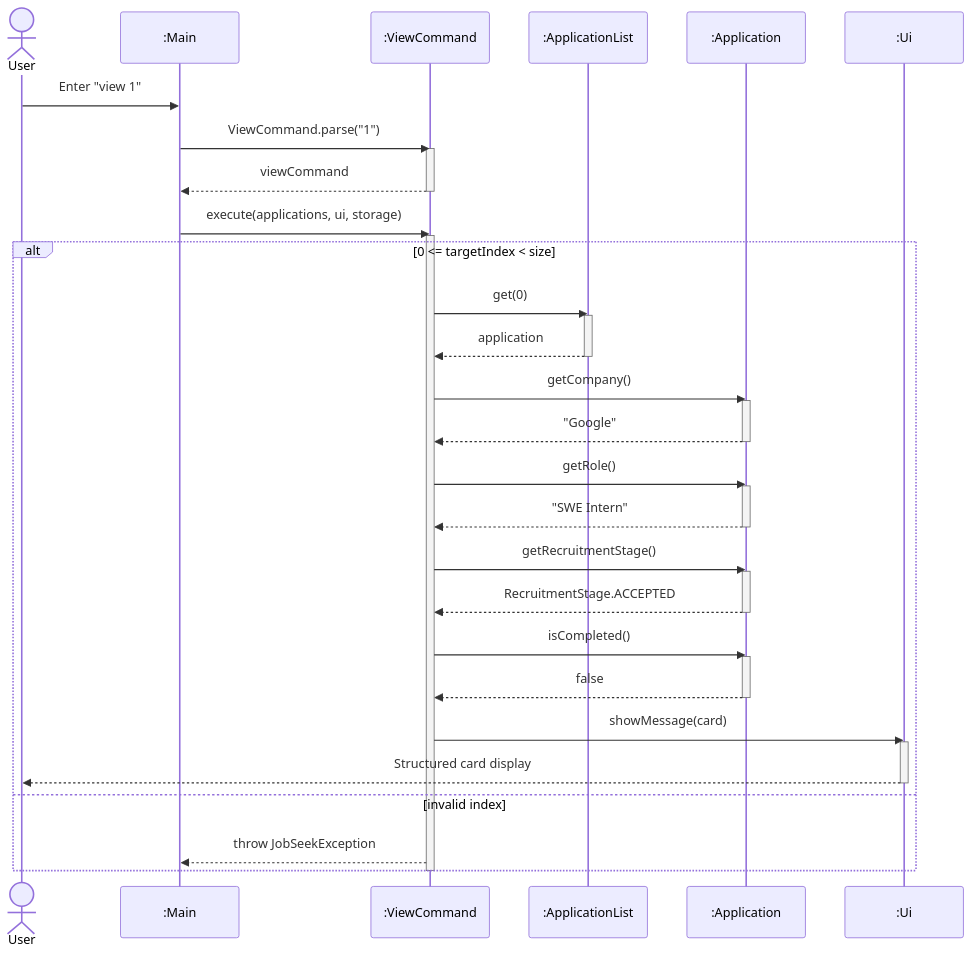
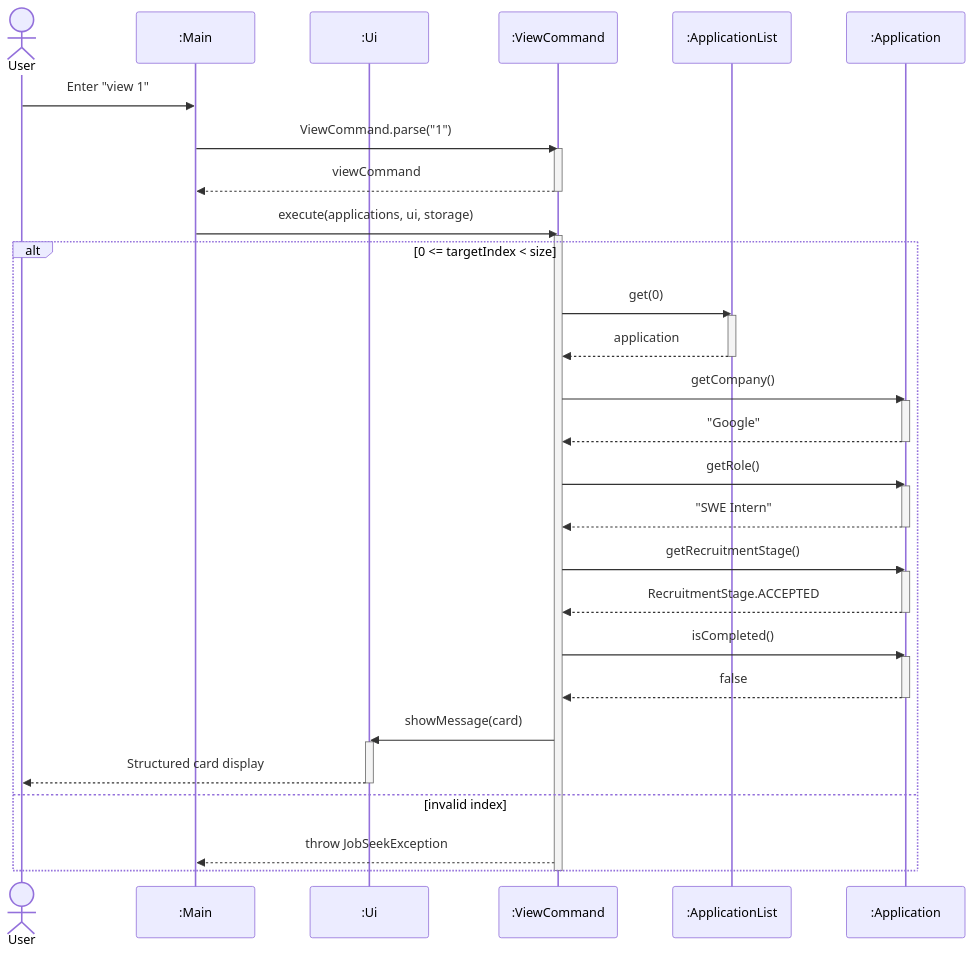
One commit to AY2627S1-CS2113-T10-2/tp changed the diagram in docs/diagrams/sources/view-application-sequence.mmd. Above: the diagram before and after it, drawn with Mermaid. The commit also changed 27 other files, not shown here.

First line of the commit message:
docs: enforce solid white diagram backgrounds and eliminate activation bar text overlaps

```diff
--- a/docs/diagrams/sources/view-application-sequence.mmd
+++ b/docs/diagrams/sources/view-application-sequence.mmd
@@ -1,46 +1,47 @@
+%%{init: {'theme': 'default', 'sequence': {'actorMargin': 70, 'messageMargin': 45}}}%%
 sequenceDiagram
     actor user as User
     participant main as :Main
+    participant ui as :Ui
     participant cmd as :ViewCommand
     participant list as :ApplicationList
     participant app as :Application
-    participant ui as :Ui
 
     user->>main: Enter "view 1"
     main->>cmd: ViewCommand.parse("1")
     activate cmd
     cmd-->>main: viewCommand
     deactivate cmd
     main->>cmd: execute(applications, ui, storage)
     activate cmd
 
     alt 0 <= targetIndex < size
         cmd->>list: get(0)
         activate list
         list-->>cmd: application
         deactivate list
         cmd->>app: getCompany()
         activate app
         app-->>cmd: "Google"
         deactivate app
         cmd->>app: getRole()
         activate app
         app-->>cmd: "SWE Intern"
         deactivate app
         cmd->>app: getRecruitmentStage()
         activate app
         app-->>cmd: RecruitmentStage.ACCEPTED
         deactivate app
         cmd->>app: isCompleted()
         activate app
         app-->>cmd: false
         deactivate app
         cmd->>ui: showMessage(card)
         activate ui
         ui-->>user: Structured card display
         deactivate ui
     else invalid index
         cmd-->>main: throw JobSeekException
     end
 
     deactivate cmd
```
